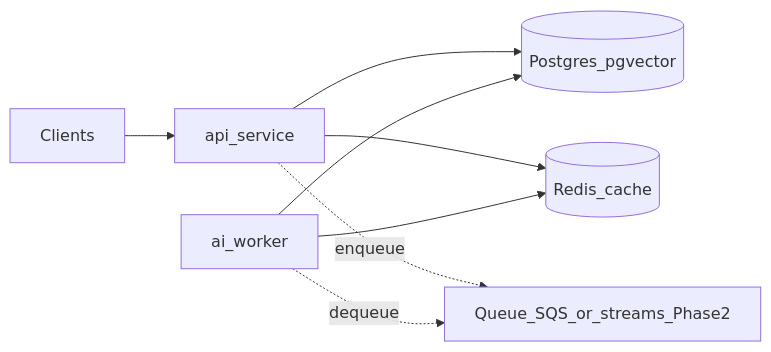
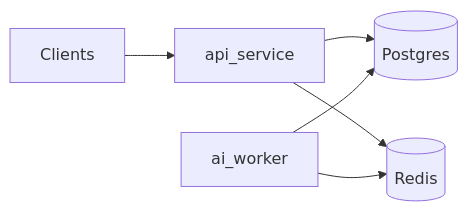
One commit to rarriaza2001/ai-ticket changed the diagram in docs/ARCHITECTURE.md. Above: the diagram before and after it, drawn with Mermaid. The commit also changed other lines of this file and 46 other files, not shown here.

Commit message:
based api service, redis, postgres, ai-worker services are connected, and reachable

````diff
--- a/docs/ARCHITECTURE.md
+++ b/docs/ARCHITECTURE.md
@@ -5,17 +5,14 @@
 ```mermaid
 flowchart LR
   clients[Clients]
   api[api_service]
-  pg[(Postgres_pgvector)]
-  redis[(Redis_cache)]
+  pg[(Postgres)]
+  redis[(Redis)]
   worker[ai_worker]
-  queue[Queue_SQS_or_streams_Phase2]
 
   clients --> api
   api --> pg
   api --> redis
-  api -.enqueue.-> queue
-  worker -.dequeue.-> queue
   worker --> pg
   worker --> redis
 ```
````
